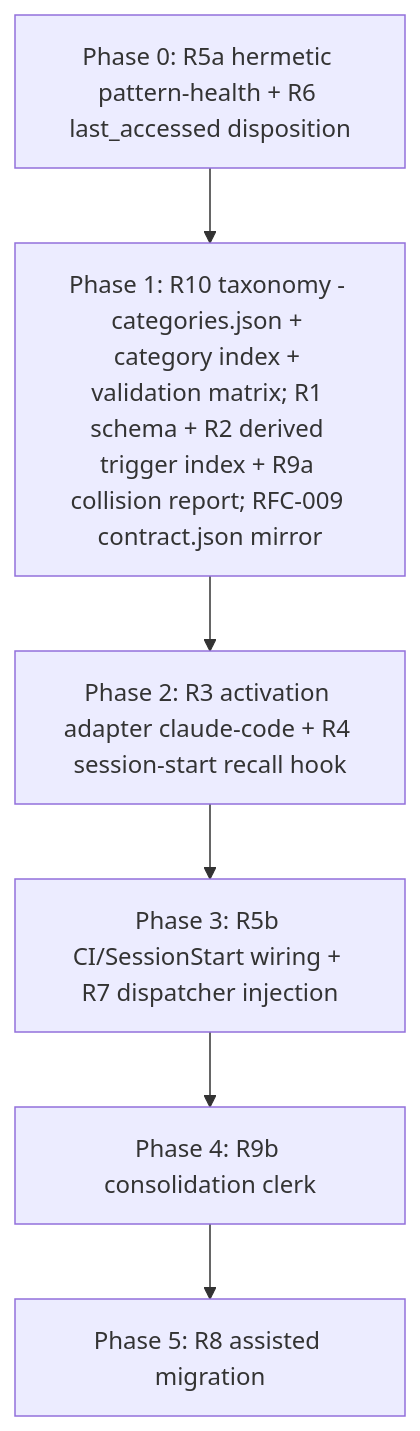
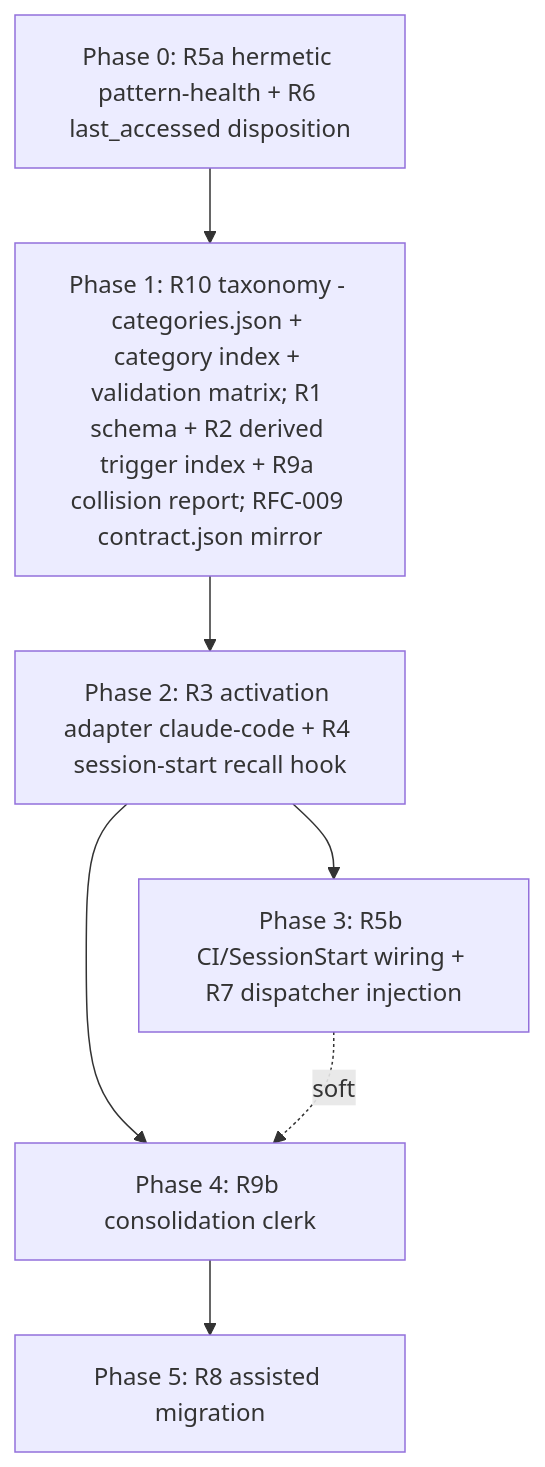
One commit to lantisprime/episodic-memory changed the diagram in docs/rfcs/RFC-009-lesson-activation.md. Above: the diagram before and after it, drawn with Mermaid. The commit also changed other lines of this file and 2 other files, not shown here.

````diff
--- a/docs/rfcs/RFC-009-lesson-activation.md
+++ b/docs/rfcs/RFC-009-lesson-activation.md
@@ -316,15 +346,16 @@
 ```mermaid
 graph TD
     P0[Phase 0: R5a hermetic pattern-health + R6 last_accessed disposition]
     P1[Phase 1: R10 taxonomy - categories.json + category index + validation matrix; R1 schema + R2 derived trigger index + R9a collision report; RFC-009 contract.json mirror]
     P2[Phase 2: R3 activation adapter claude-code + R4 session-start recall hook]
     P3[Phase 3: R5b CI/SessionStart wiring + R7 dispatcher injection]
     P4[Phase 4: R9b consolidation clerk]
     P5[Phase 5: R8 assisted migration]
 
     P0 --> P1
     P1 --> P2
     P2 --> P3
-    P3 --> P4
+    P2 --> P4
+    P3 -. soft .-> P4
     P4 --> P5
 ```
````
